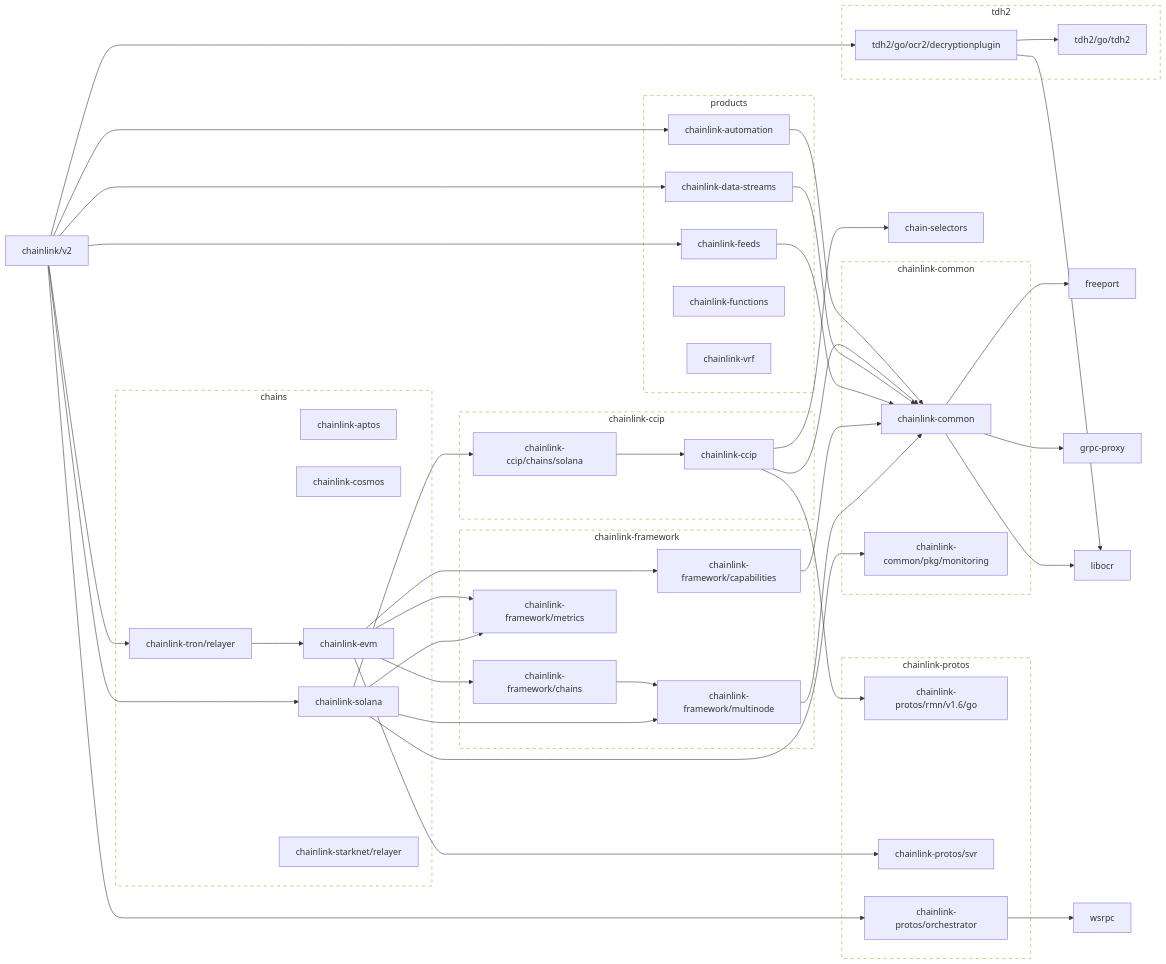
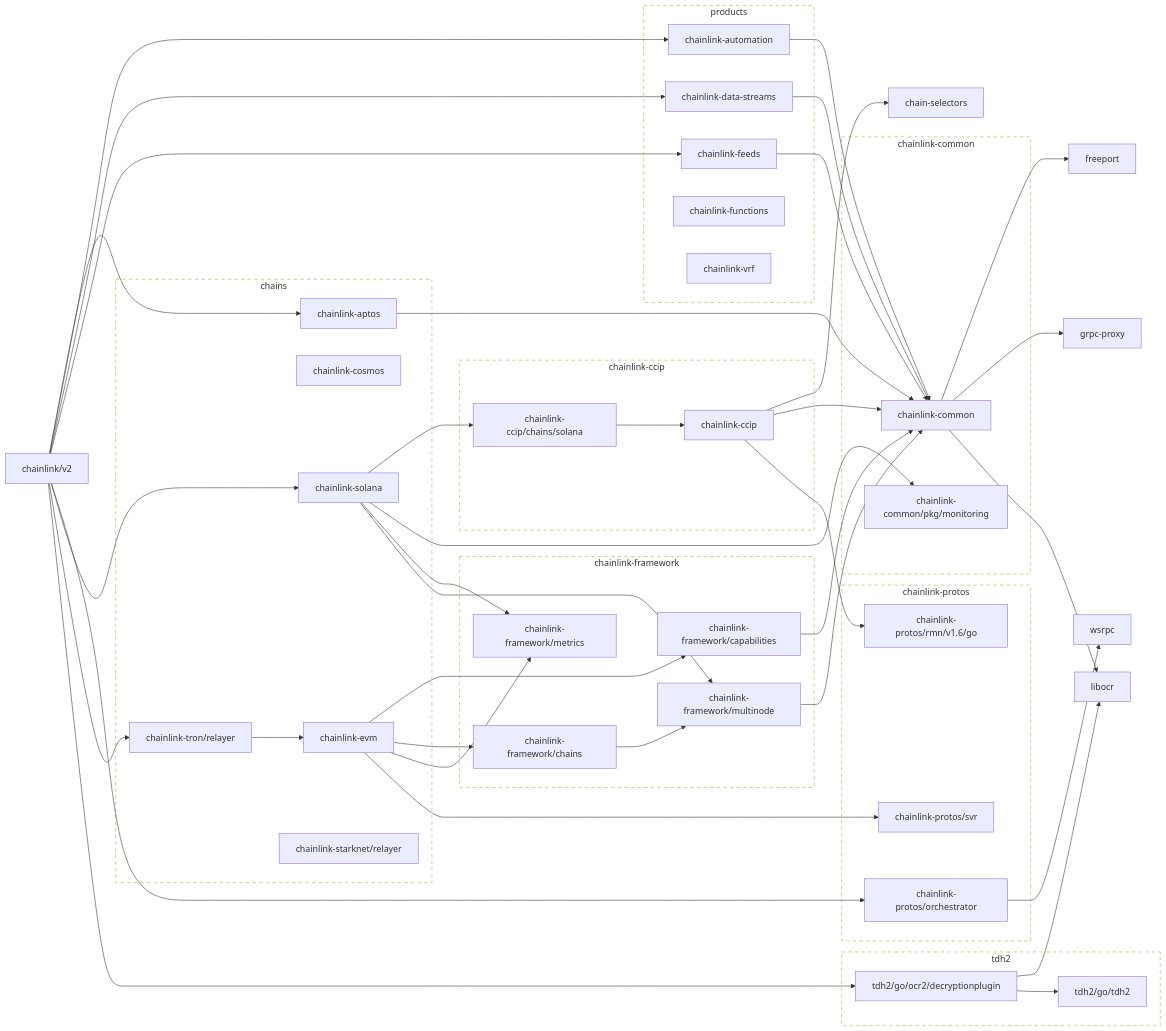
One commit to smartcontractkit/chainlink changed the first of 2 diagrams in go.md. Above: the diagram before and after it, drawn with Mermaid. The commit also changed other lines of this file and 5 other files, not shown here.

```diff
--- a/go.md
+++ b/go.md
@@ -24,6 +24,8 @@
 
 	chain-selectors
 	click chain-selectors href "https://github.com/smartcontractkit/chain-selectors"
+	chainlink-aptos --> chainlink-common
+	click chainlink-aptos href "https://github.com/smartcontractkit/chainlink-aptos"
 	chainlink-automation --> chainlink-common
 	click chainlink-automation href "https://github.com/smartcontractkit/chainlink-automation"
 	chainlink-ccip --> chain-selectors
@@ -68,6 +70,7 @@
 	click chainlink-solana href "https://github.com/smartcontractkit/chainlink-solana"
 	chainlink-tron/relayer --> chainlink-evm
 	click chainlink-tron/relayer href "https://github.com/smartcontractkit/chainlink-tron"
+	chainlink/v2 --> chainlink-aptos
 	chainlink/v2 --> chainlink-automation
 	chainlink/v2 --> chainlink-data-streams
 	chainlink/v2 --> chainlink-feeds
```
